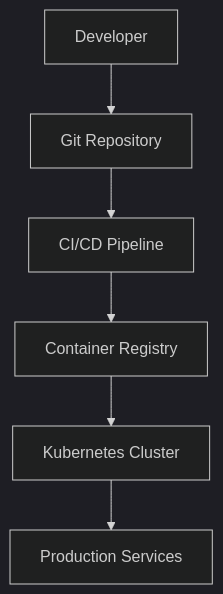
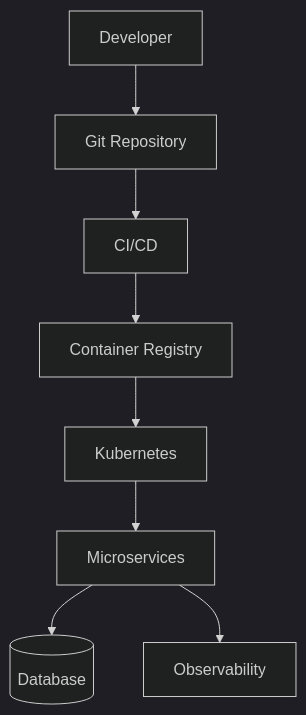
The sixth of 6 diagrams in assets/architecture/README.md (powerchain-protocol/checkout-sdk), drawn with Mermaid (dark theme) before and after one commit. The commit also changed other lines of this file, not shown here.

````diff
--- a/assets/architecture/README.md
+++ b/assets/architecture/README.md
@@ -679,26 +526,34 @@
 ```mermaid
 flowchart TB
 
-A[Developer]
+DEV[Developer]
 
-B[Git Repository]
+GIT[Git Repository]
 
-C[CI/CD Pipeline]
+CI[CI/CD]
 
-D[Container Registry]
+REG[Container Registry]
 
-E[Kubernetes Cluster]
+K8S[Kubernetes]
 
-F[Production Services]
+SERVICES[Microservices]
+
+DB[(Database)]
+
+MON[Observability]
 
 
-A --> B
+DEV --> GIT
 
-B --> C
+GIT --> CI
 
-C --> D
+CI --> REG
 
-D --> E
+REG --> K8S
 
-E --> F
+K8S --> SERVICES
+
+SERVICES --> DB
+
+SERVICES --> MON
 ```
````
